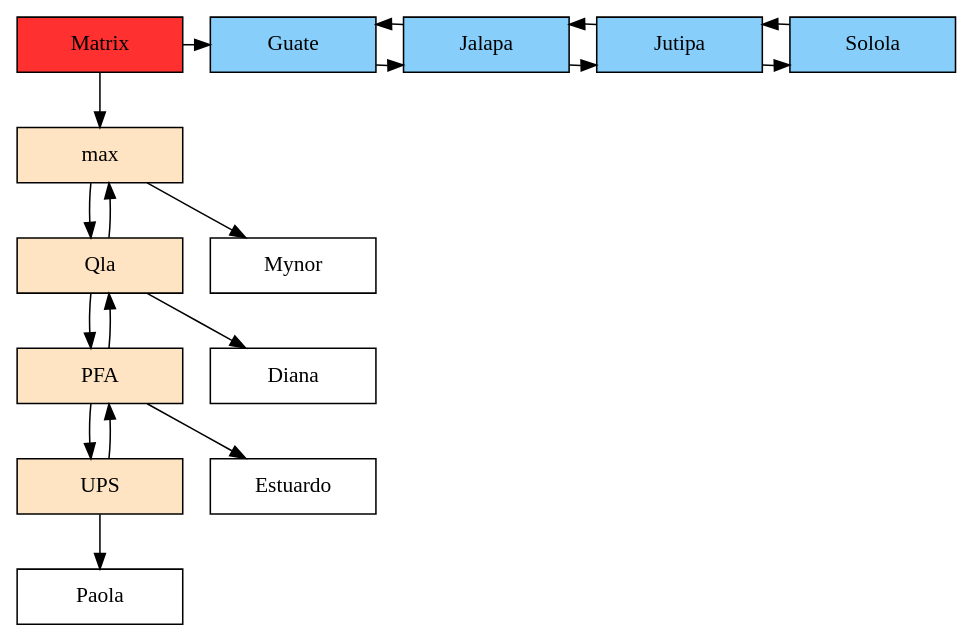
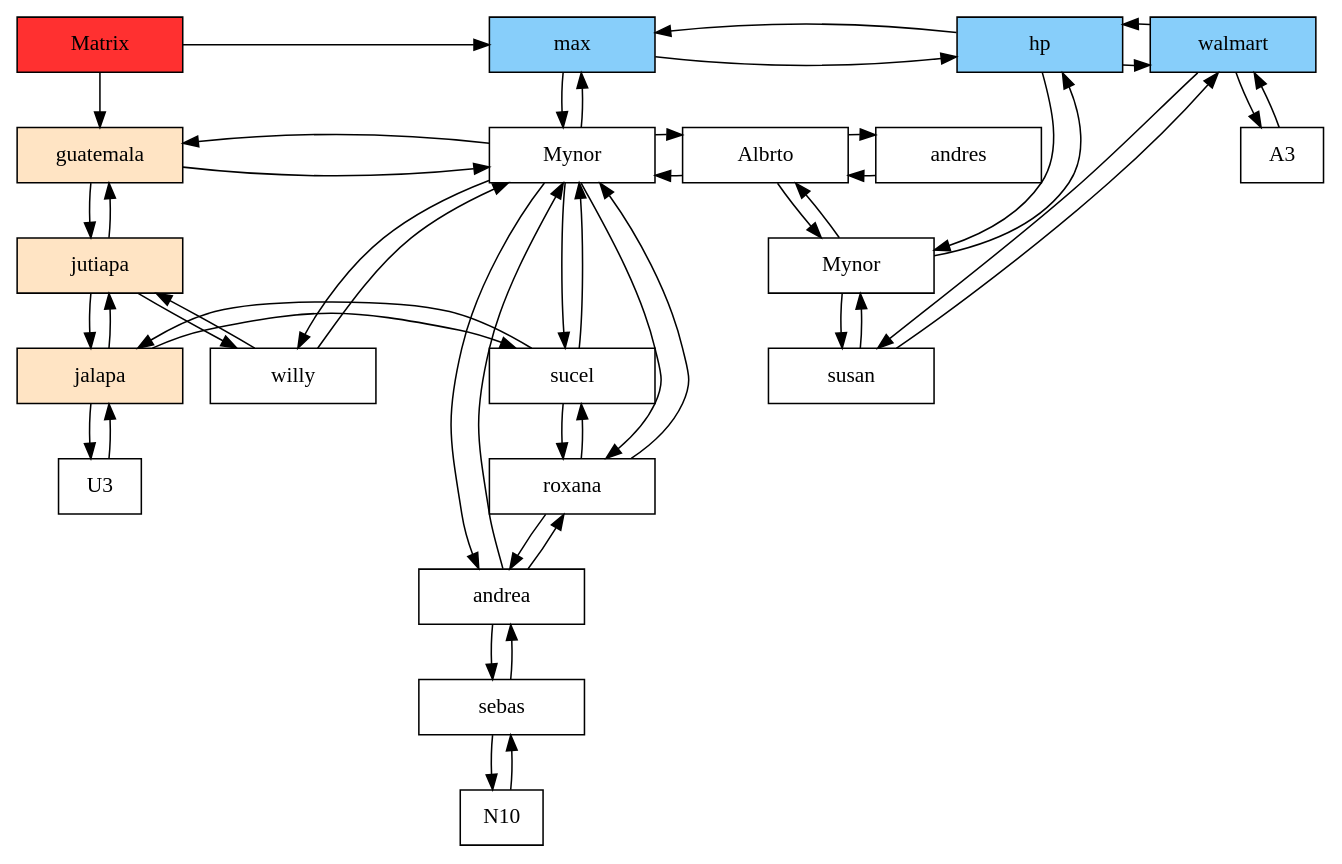
One commit to MEFM/SistemaDeRentas changed the diagram in Matriz.dot. Above: the diagram before and after it, drawn with Graphviz. The commit also changed 18 other files, not shown here.

```diff
--- a/Matriz.dot
+++ b/Matriz.dot
@@ -1,45 +1,85 @@
 digraph a{
 node[shape=box];
-00862270[ label = "Matrix", width = 1.5, style = filled, fillcolor = firebrick1, group = 1 ];
-U008635D0 [label = "max"    pos = "5.3, 3.5!" width = 1.5 style = filled, fillcolor = bisque1, group = 1 ];
-U008641B0 [label = "Qla"    pos = "5.3, 3.5!" width = 1.5 style = filled, fillcolor = bisque1, group = 1 ];
-U00864588 [label = "PFA"    pos = "5.3, 3.5!" width = 1.5 style = filled, fillcolor = bisque1, group = 1 ];
-U00865168 [label = "UPS"    pos = "5.3, 3.5!" width = 1.5 style = filled, fillcolor = bisque1, group = 1 ];
-00862270->U008635D0
-U008635D0-> U008641B0
-U008641B0-> U00864588
-U008641B0-> U008635D0
-U00864588-> U00865168
-U00864588-> U008641B0
-U00865168-> U00864588
+C014B6570[ label = "Matrix", width = 1.5, style = filled, fillcolor = firebrick1, group = 1 ];
+U0 [label = "guatemala"    pos = "5.3, 3.5!" width = 1.5 style = filled, fillcolor = bisque1, group = 1 ];
+U1 [label = "jutiapa"    pos = "5.3, 3.5!" width = 1.5 style = filled, fillcolor = bisque1, group = 1 ];
+U2 [label = "jalapa"    pos = "5.3, 3.5!" width = 1.5 style = filled, fillcolor = bisque1, group = 1 ];
+C014B6570->U0
+U0-> U1
+U1-> U0
+U1-> U2
+U2-> U1
+U2-> U3
+U3-> U2
 
 
-A00860F30 [label = Guate   width = 1.5 style = filled, fillcolor = lightskyblue, group = 2 ];
-A00863860 [label = Jalapa   width = 1.5 style = filled, fillcolor = lightskyblue, group = 3 ];
-A00864440 [label = Jutipa   width = 1.5 style = filled, fillcolor = lightskyblue, group = 4 ];
-A00865020 [label = Solola   width = 1.5 style = filled, fillcolor = lightskyblue, group = 5 ];
-00862270->A00860F30
-A00860F30-> A00863860
-A00863860-> A00864440
-A00863860-> A00860F30
-A00864440-> A00865020
-A00864440-> A00863860
-A00865020-> A00864440
+A0 [label = max   width = 1.5 style = filled, fillcolor = lightskyblue, group = 2 ];
+A1 [label = hp   width = 1.5 style = filled, fillcolor = lightskyblue, group = 3 ];
+A2 [label = walmart   width = 1.5 style = filled, fillcolor = lightskyblue, group = 4 ];
+C014B6570->A0
+A0-> A1
+A1-> A0
+A1-> A2
+A2-> A1
+A2-> A3
+A3-> A2
 {rank = same;
-00862270;
-A00860F30;
-A00863860;
-A00864440;
-A00865020;
+C014B6570;
+A0;
+A1;
+A2;
 }
 
 
-N008635D0_L00860EA8 [label = "Mynor" width = 1.5, group = 2 ];
-N008641B0_L00863718 [label = "Diana" width = 1.5, group = 3 ];
-N00864588_L008642F8 [label = "Estuardo" width = 1.5, group = 4 ];
-N00865168_L008646D0 [label = "Paola" width = 1.5, group = 5 ];
-U008635D0->N008635D0_L00860EA8
-U008641B0->N008641B0_L00863718
-U00864588->N00864588_L008642F8
-U00865168->N00865168_L008646D0
+N0[label ="Mynor" width = 1.5, group =0];
+N1[label ="Albrto" width = 1.5, group =0];
+N2[label ="andres" width = 1.5, group =0];
+N3[label ="Mynor" width = 1.5, group =0];
+N4[label ="susan" width = 1.5, group =0];
+N5[label ="willy" width = 1.5, group =0];
+N6[label ="sucel" width = 1.5, group =0];
+N7[label ="roxana" width = 1.5, group =0];
+N8[label ="andrea" width = 1.5, group =0];
+N9[label ="sebas" width = 1.5, group =0];
+
+U0-> N0
+N0->U0
+A0->N0;
+N0->A0;
+N1->N0;
+N0->N1;
+N2->N1;
+N1->N2;
+N3->N1;
+N1->N3;
+A1->N3;
+N3->A1;
+N4-> N3
+N3-> N4
+A2->N4;
+N4->A2;
+U1-> N5
+N5->U1
+N5->N0;
+N0->N5;
+U2-> N6
+N6->U2
+N6->N0;
+N0->N6;
+N7-> N6
+N6-> N7
+N7->N0;
+N0->N7;
+N8-> N7
+N7-> N8
+N8->N0;
+N0->N8;
+N9->N8;
+N8->N9;
+N10->N9;
+N9->N10;
+
+{rank = same;U0;N0;N1;N2;}
+{rank = same;U1;N3;}
+{rank = same;U2;N4;N5;N6;}
 }
```
